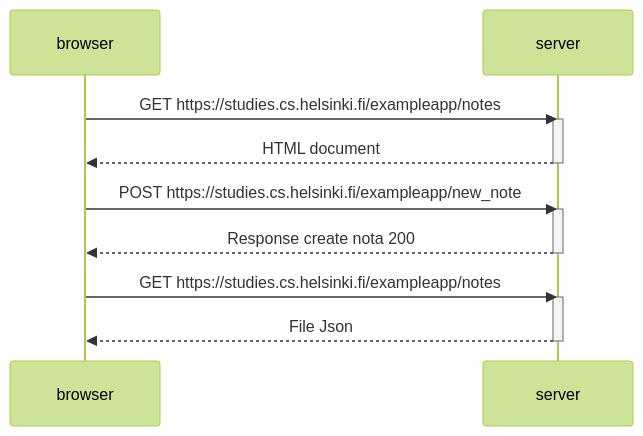
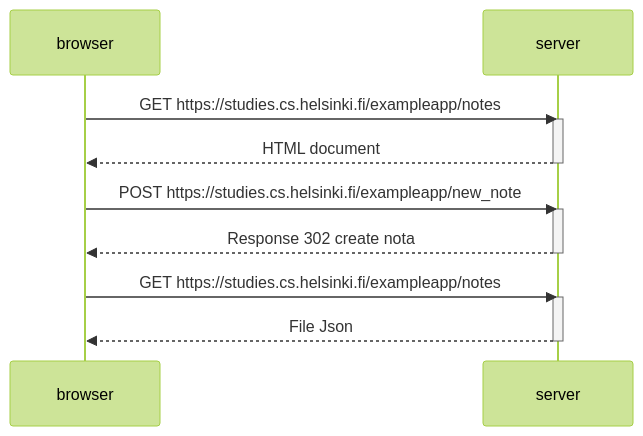
The second of 2 diagrams in part1/README.md (IsraelG10/Full-Stack-Open-2023), drawn with Mermaid (forest theme) before and after one commit.

Commit message:
create response

````diff
--- a/part1/README.md
+++ b/part1/README.md
@@ -40,21 +40,21 @@
 ```mermaid
 sequenceDiagram
     participant browser
     participant server
 
     browser->>server: GET https://studies.cs.helsinki.fi/exampleapp/notes
     activate server
     server-->>browser: HTML document
     deactivate server
 
     browser->>server: POST https://studies.cs.helsinki.fi/exampleapp/new_note
     activate server
-    server-->>browser: Response create nota 200
+    server-->>browser: Response 302 create nota
     deactivate server
 
     browser->>server: GET https://studies.cs.helsinki.fi/exampleapp/notes
     activate server
     server-->>browser: File Json
     deactivate server
 
 ```
````
